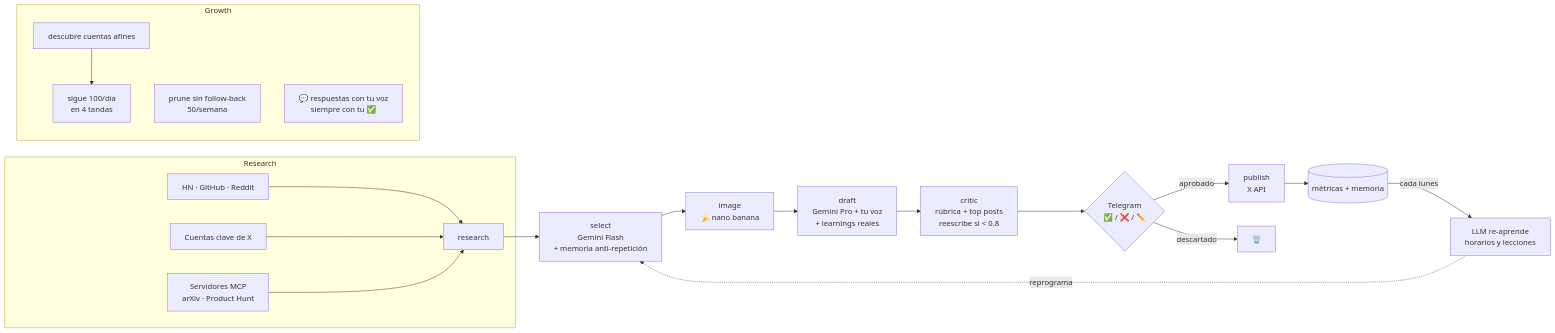
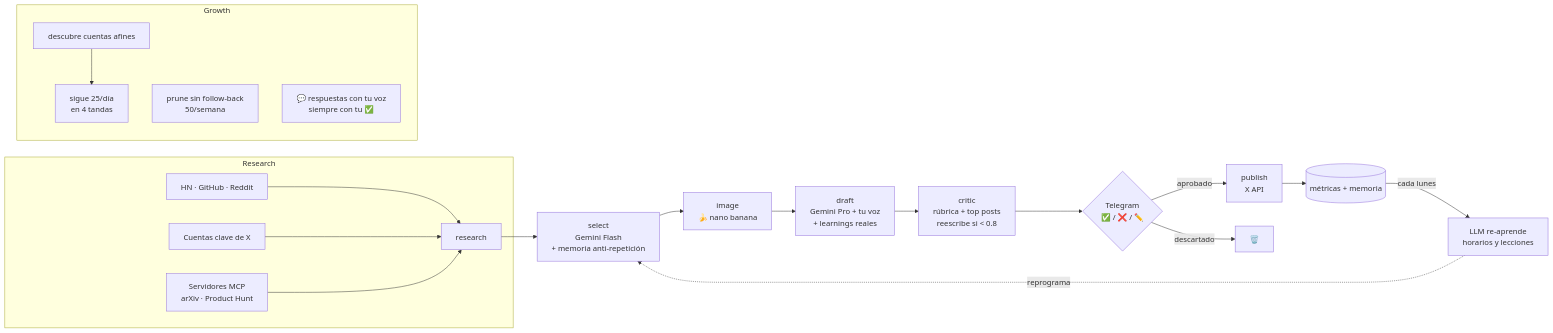
One commit to riquelmechile/zanaX changed the diagram in README.md. Above: the diagram before and after it, drawn with Mermaid. The commit also changed other lines of this file, not shown here.

Commit message:
docs: README con costes pay-per-use y growth 25/día

````diff
--- a/README.md
+++ b/README.md
@@ -19,24 +19,24 @@
 ```mermaid
 flowchart LR
     subgraph Research
         A[HN · GitHub · Reddit] --> R
         B[Cuentas clave de X] --> R
         M2[Servidores MCP<br/>arXiv · Product Hunt] --> R
     end
     R[research] --> S[select<br/>Gemini Flash<br/>+ memoria anti-repetición]
     S --> I[image<br/>🍌 nano banana]
     I --> D[draft<br/>Gemini Pro + tu voz<br/>+ learnings reales]
     D --> C[critic<br/>rúbrica + top posts<br/>reescribe si < 0.8]
     C --> T{Telegram<br/>✅ / ❌ / ✏️}
     T -->|aprobado| P[publish<br/>X API]
     T -->|descartado| X[🗑️]
     P --> M[(métricas + memoria)]
     M -->|cada lunes| LLM[LLM re-aprende<br/>horarios y lecciones]
     LLM -.reprograma.-> S
 
     subgraph Growth
-        G1[descubre cuentas afines] --> G2[sigue 100/día<br/>en 4 tandas]
+        G1[descubre cuentas afines] --> G2[sigue 25/día<br/>en 4 tandas]
         G3[prune sin follow-back<br/>50/semana]
         G4[💬 respuestas con tu voz<br/>siempre con tu ✅]
     end
 ```
````
